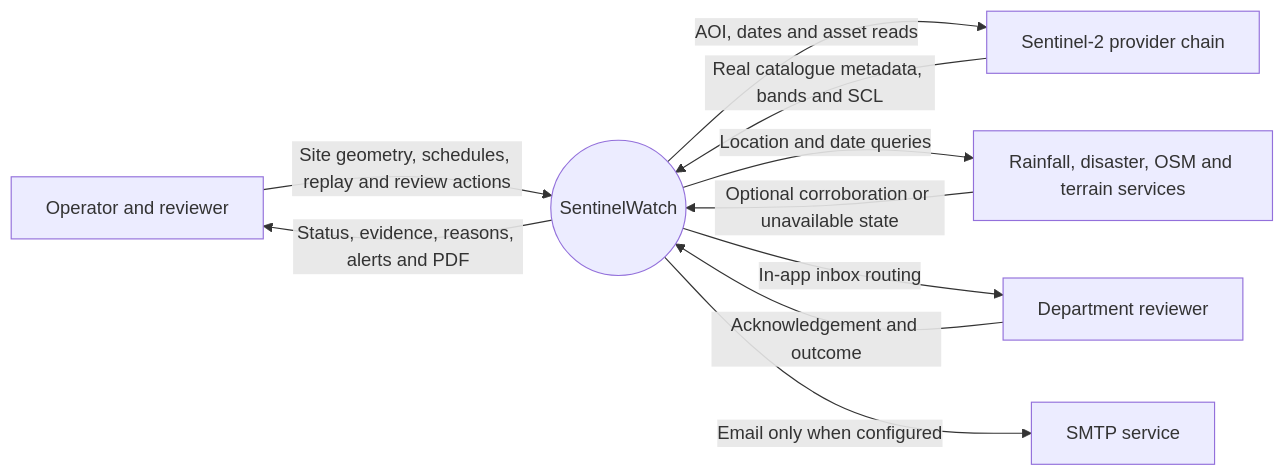
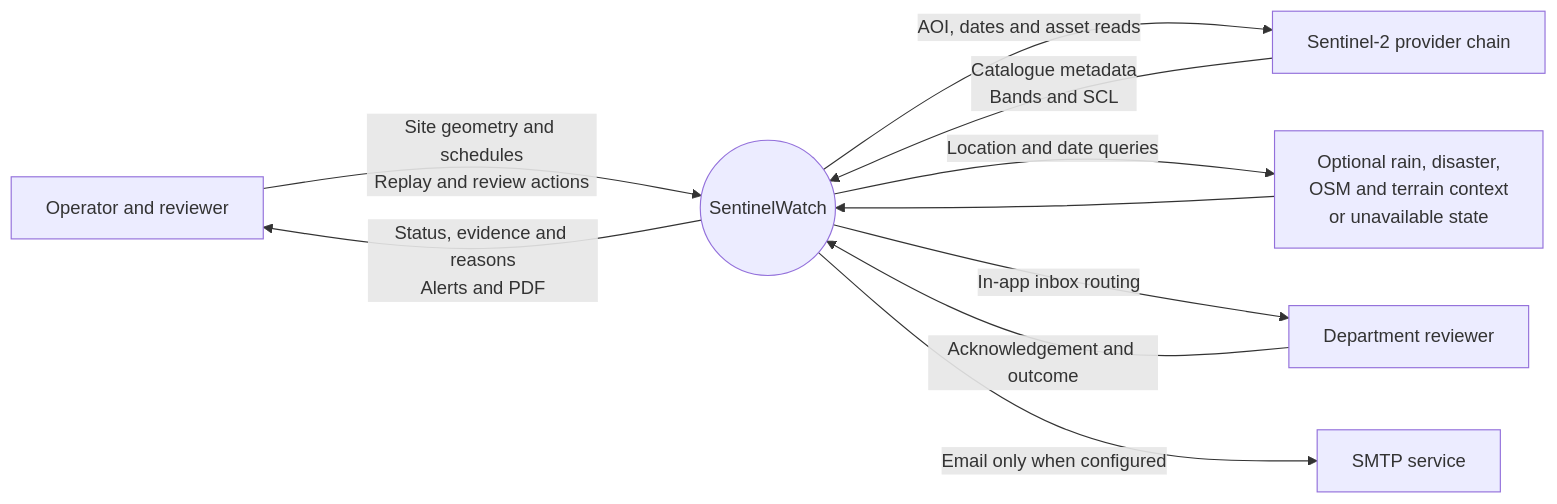
Before and after one commit to srinidhimanjunath111-ni/SentinelWatch_Project: the diagram in docs/diagrams/dfd-level-0.mmd, drawn with Mermaid. The commit also changed 15 other files, not shown here.

Commit message:
docs: publish inspected final report PDF and completion evidence

```diff
--- a/docs/diagrams/dfd-level-0.mmd
+++ b/docs/diagrams/dfd-level-0.mmd
@@ -1,10 +1,11 @@
+%%{init: {"flowchart": {"rankSpacing": 180}}}%%
 flowchart LR
-  OP[Operator and reviewer] -->|Site geometry, schedules, replay and review actions| SW((SentinelWatch))
-  SW -->|Status, evidence, reasons, alerts and PDF| OP
+  OP[Operator and reviewer] -->|Site geometry and schedules<br/>Replay and review actions| SW((SentinelWatch))
+  SW -->|Status, evidence and reasons<br/>Alerts and PDF| OP
   SW -->|AOI, dates and asset reads| SAT[Sentinel-2 provider chain]
-  SAT -->|Real catalogue metadata, bands and SCL| SW
-  SW -->|Location and date queries| CTX[Rainfall, disaster, OSM and terrain services]
-  CTX -->|Optional corroboration or unavailable state| SW
+  SAT -->|Catalogue metadata<br/>Bands and SCL| SW
+  SW -->|Location and date queries| CTX[Optional rain, disaster,<br/>OSM and terrain context<br/>or unavailable state]
+  CTX --> SW
   SW -->|In-app inbox routing| DEPT[Department reviewer]
   DEPT -->|Acknowledgement and outcome| SW
   SW -->|Email only when configured| SMTP[SMTP service]
```
